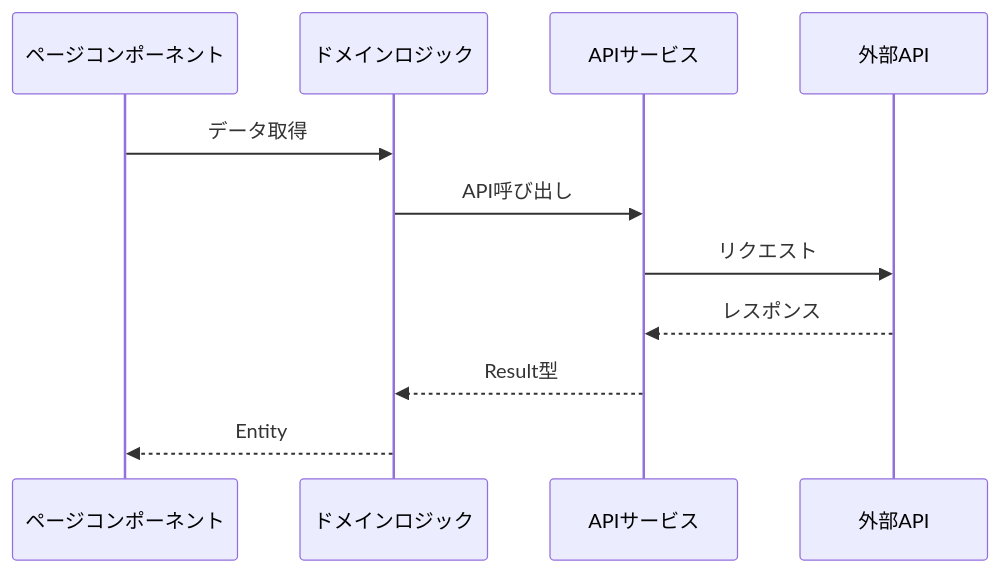
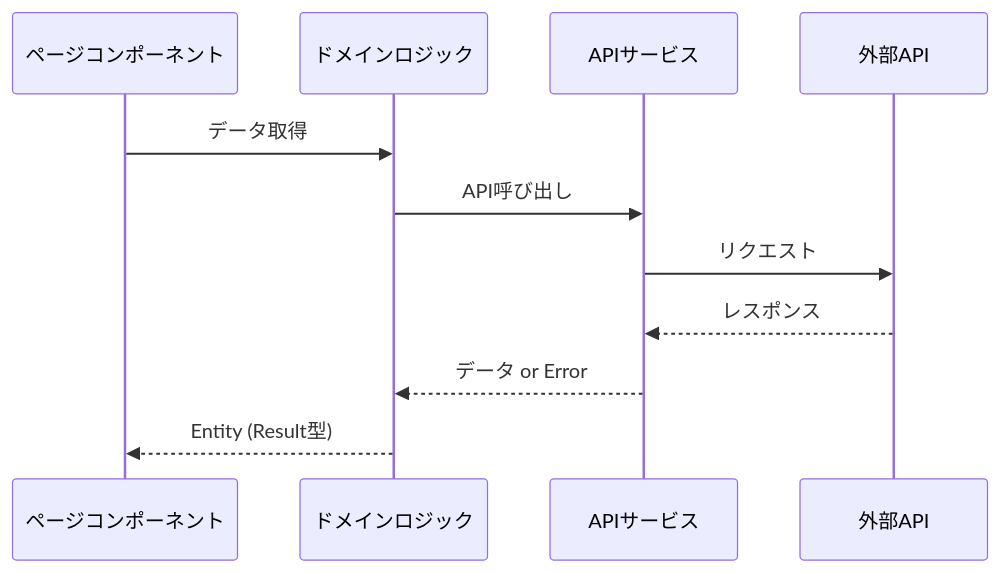
One commit to ymtakt/nextjs_hono_monorepo changed the third of 4 diagrams in docs/rules/frontend/architecture.md. Above: the diagram before and after it, drawn with Mermaid. The commit also changed other lines of this file and 9 other files, not shown here.

````diff
--- a/docs/rules/frontend/architecture.md
+++ b/docs/rules/frontend/architecture.md
@@ -167,14 +162,14 @@
 ```mermaid
 sequenceDiagram
     participant Page as ページコンポーネント
     participant Logic as ドメインロジック
     participant Service as APIサービス
     participant API as 外部API
 
     Page->>Logic: データ取得
     Logic->>Service: API呼び出し
     Service->>API: リクエスト
     API-->>Service: レスポンス
-    Service-->>Logic: Result型
-    Logic-->>Page: Entity
+    Service-->>Logic: データ or Error
+    Logic-->>Page: Entity (Result型)
 ```
````
